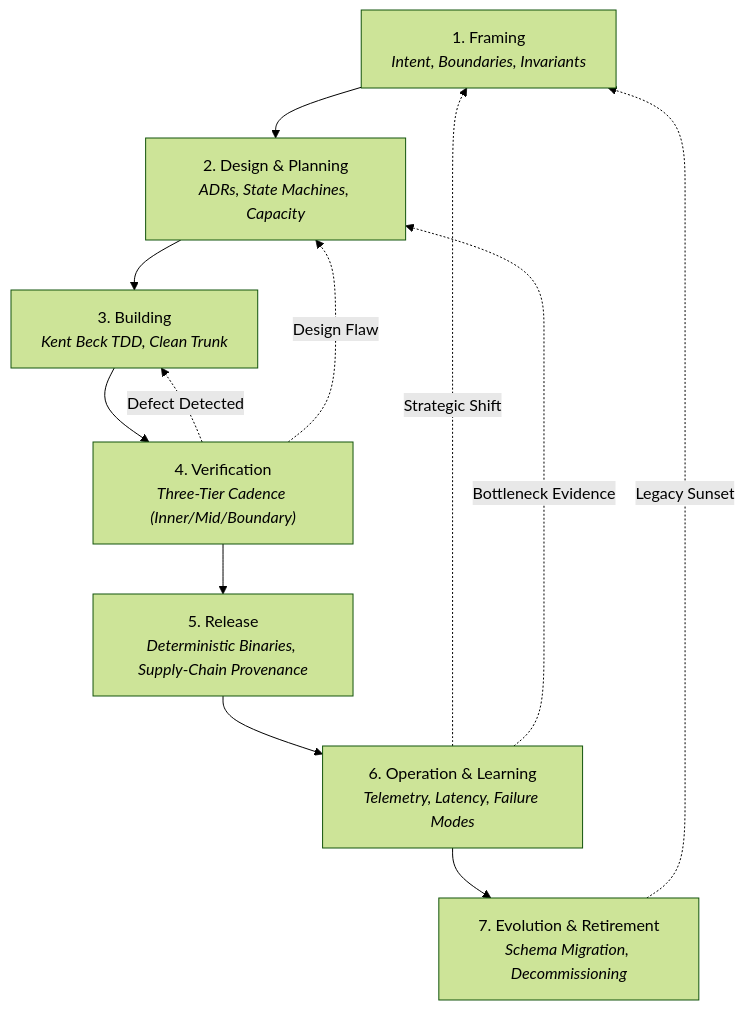
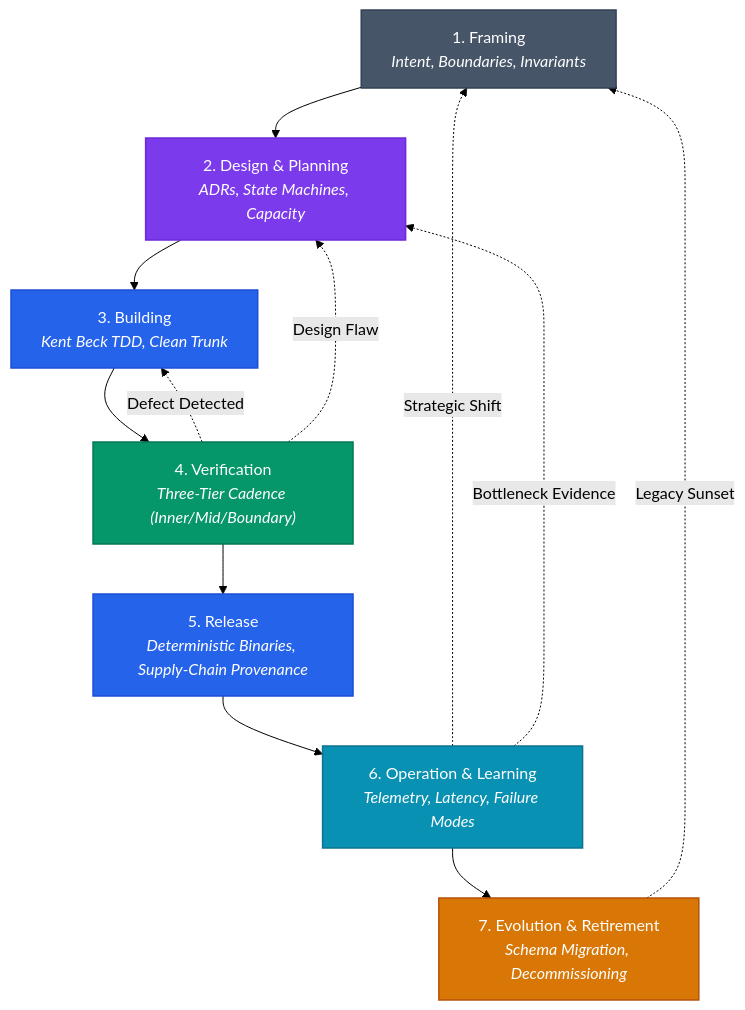
One commit to acje/acje.github.io changed the third of 6 diagrams in content/projects/sf-sdlc/index.md. Above: the diagram before and after it, drawn with Mermaid (forest theme). The commit also changed other lines of this file and 2 other files, not shown here.

Commit message:
Modernize and unify Mermaid diagram color schemes across project presentations

````diff
--- a/content/projects/sf-sdlc/index.md
+++ b/content/projects/sf-sdlc/index.md
@@ -80,15 +101,29 @@
 ```mermaid
 flowchart TD
     F["1. Framing<br/><i>Intent, Boundaries, Invariants</i>"] --> DP["2. Design & Planning<br/><i>ADRs, State Machines, Capacity</i>"]
     DP --> B["3. Building<br/><i>Kent Beck TDD, Clean Trunk</i>"]
     B --> V["4. Verification<br/><i>Three-Tier Cadence (Inner/Mid/Boundary)</i>"]
     V --> R["5. Release<br/><i>Deterministic Binaries, Supply-Chain Provenance</i>"]
     R --> OL["6. Operation & Learning<br/><i>Telemetry, Latency, Failure Modes</i>"]
     OL --> ER["7. Evolution & Retirement<br/><i>Schema Migration, Decommissioning</i>"]
 
     V -.->|Defect Detected| B
     V -.->|Design Flaw| DP
     OL -.->|Strategic Shift| F
     OL -.->|Bottleneck Evidence| DP
     ER -.->|Legacy Sunset| F
+
+    classDef slate fill:#475569,stroke:#334155,stroke-width:1.5px,color:#ffffff
+    classDef purple fill:#7c3aed,stroke:#6d28d9,stroke-width:1.5px,color:#ffffff
+    classDef blue fill:#2563eb,stroke:#1d4ed8,stroke-width:1.5px,color:#ffffff
+    classDef green fill:#059669,stroke:#047857,stroke-width:1.5px,color:#ffffff
+    classDef cyan fill:#0891b2,stroke:#0e7490,stroke-width:1.5px,color:#ffffff
+    classDef amber fill:#d97706,stroke:#b45309,stroke-width:1.5px,color:#ffffff
+
+    class F slate
+    class DP purple
+    class B,R blue
+    class V green
+    class OL cyan
+    class ER amber
 ```
````
